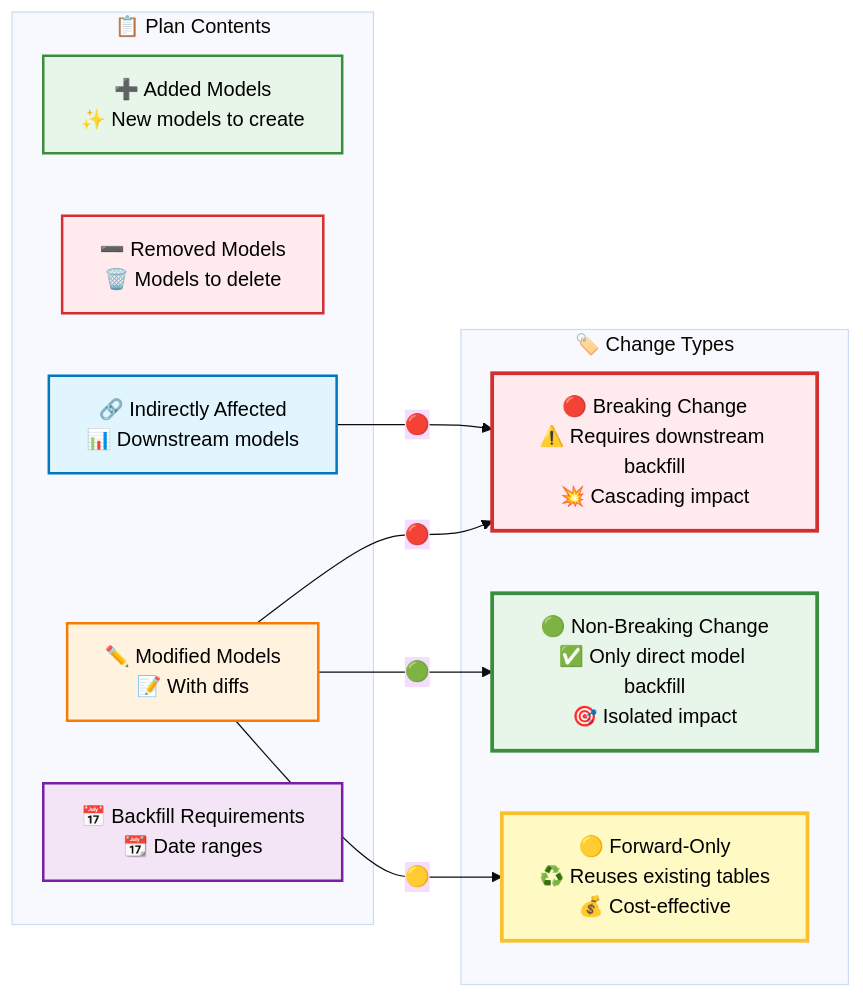
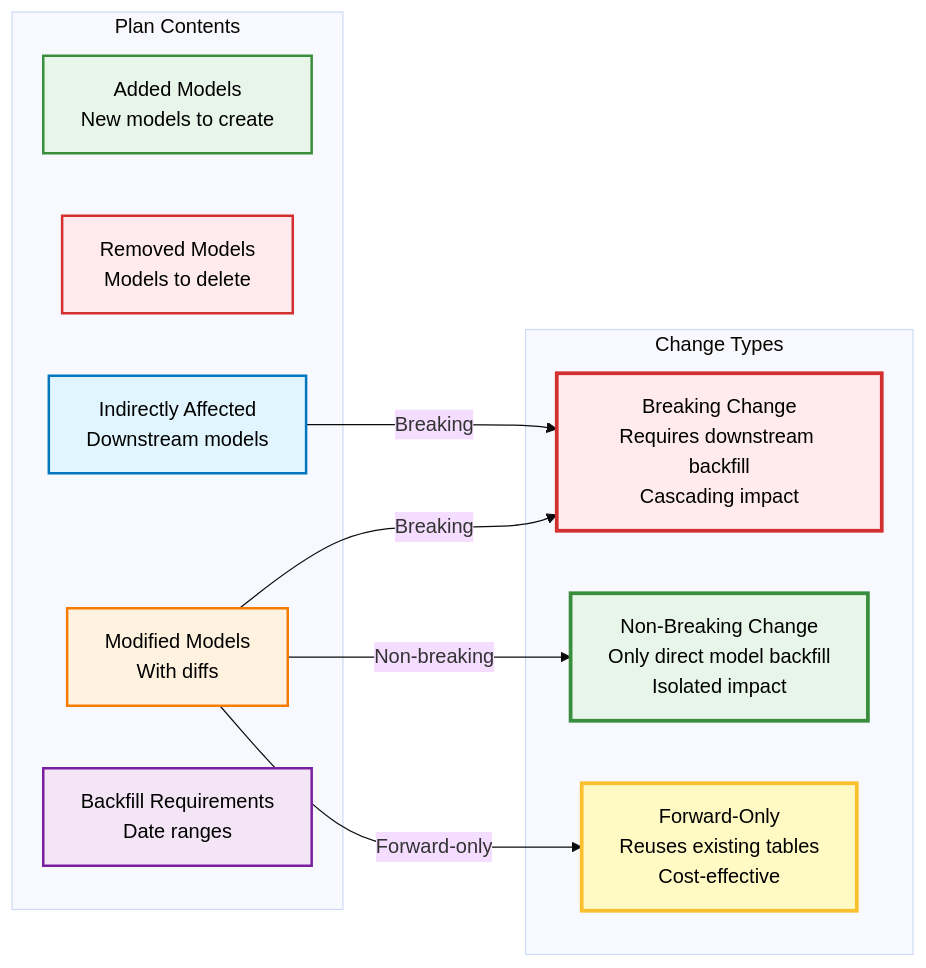
Before and after one commit to tmdc-io/vulcan-book: the second of 4 diagrams in docs/references/plans.md, drawn with Mermaid (base theme). The commit also changed other lines of this file and 6 other files, not shown here.

Commit message:
updated mermaid diagrams to remove emojis, commented out the old plan guide o have only the new 2.0 plan guide

````diff
--- a/docs/references/plans.md
+++ b/docs/references/plans.md
@@ -73,30 +73,30 @@
 ```mermaid
 graph LR
-    subgraph "📋 Plan Contents"
-        PC1[➕ Added Models<br/>✨ New models to create]
-        PC2[➖ Removed Models<br/>🗑️ Models to delete]
-        PC3[✏️ Modified Models<br/>📝 With diffs]
-        PC4[🔗 Indirectly Affected<br/>📊 Downstream models]
-        PC5[📅 Backfill Requirements<br/>📆 Date ranges]
+    subgraph "Plan Contents"
+        PC1[Added Models<br/>New models to create]
+        PC2[Removed Models<br/>Models to delete]
+        PC3[Modified Models<br/>With diffs]
+        PC4[Indirectly Affected<br/>Downstream models]
+        PC5[Backfill Requirements<br/>Date ranges]
     end
 
-    subgraph "🏷️ Change Types"
-        CT1[🔴 Breaking Change<br/>⚠️ Requires downstream backfill<br/>💥 Cascading impact]
-        CT2[🟢 Non-Breaking Change<br/>✅ Only direct model backfill<br/>🎯 Isolated impact]
-        CT3[🟡 Forward-Only<br/>♻️ Reuses existing tables<br/>💰 Cost-effective]
+    subgraph "Change Types"
+        CT1[Breaking Change<br/>Requires downstream backfill<br/>Cascading impact]
+        CT2[Non-Breaking Change<br/>Only direct model backfill<br/>Isolated impact]
+        CT3[Forward-Only<br/>Reuses existing tables<br/>Cost-effective]
     end
 
-    PC3 -->|"🔴"| CT1
-    PC3 -->|"🟢"| CT2
-    PC3 -->|"🟡"| CT3
-    PC4 -->|"🔴"| CT1
+    PC3 -->|"Breaking"| CT1
+    PC3 -->|"Non-breaking"| CT2
+    PC3 -->|"Forward-only"| CT3
+    PC4 -->|"Breaking"| CT1
 
     style PC1 fill:#e8f5e9,stroke:#388e3c,stroke-width:2px,color:#000
     style PC2 fill:#ffebee,stroke:#d32f2f,stroke-width:2px,color:#000
     style PC3 fill:#fff3e0,stroke:#f57c00,stroke-width:2px,color:#000
     style PC4 fill:#e1f5fe,stroke:#0277bd,stroke-width:2px,color:#000
     style PC5 fill:#f3e5f5,stroke:#7b1fa2,stroke-width:2px,color:#000
     style CT1 fill:#ffebee,stroke:#d32f2f,stroke-width:3px,color:#000
     style CT2 fill:#e8f5e9,stroke:#388e3c,stroke-width:3px,color:#000
     style CT3 fill:#fff9c4,stroke:#fbc02d,stroke-width:3px,color:#000
 ```
````
